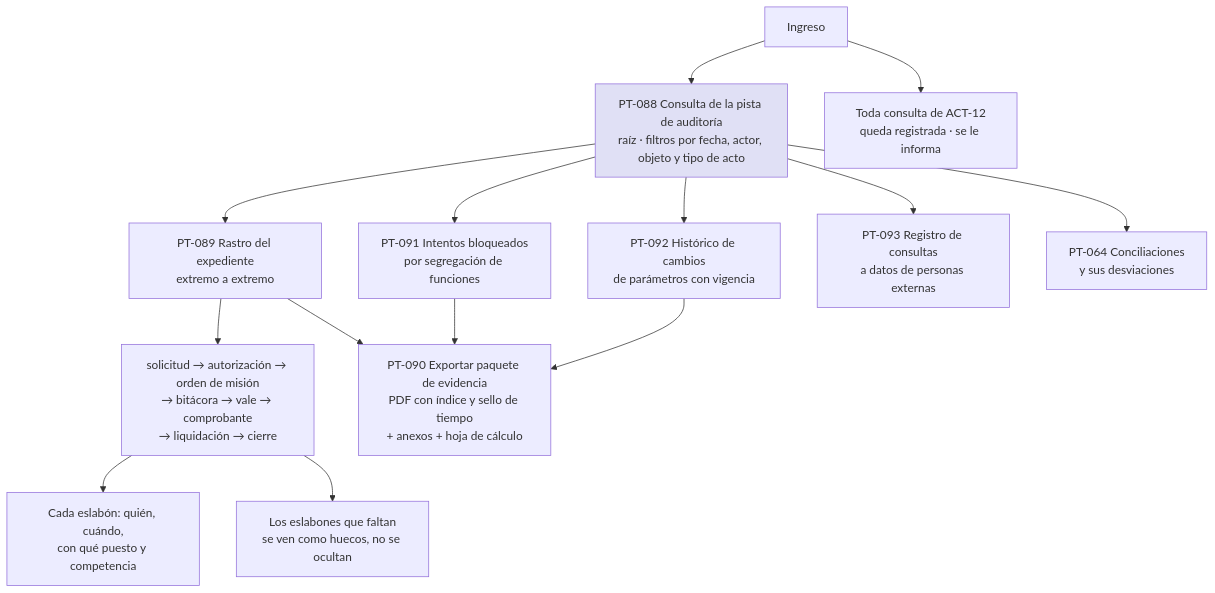
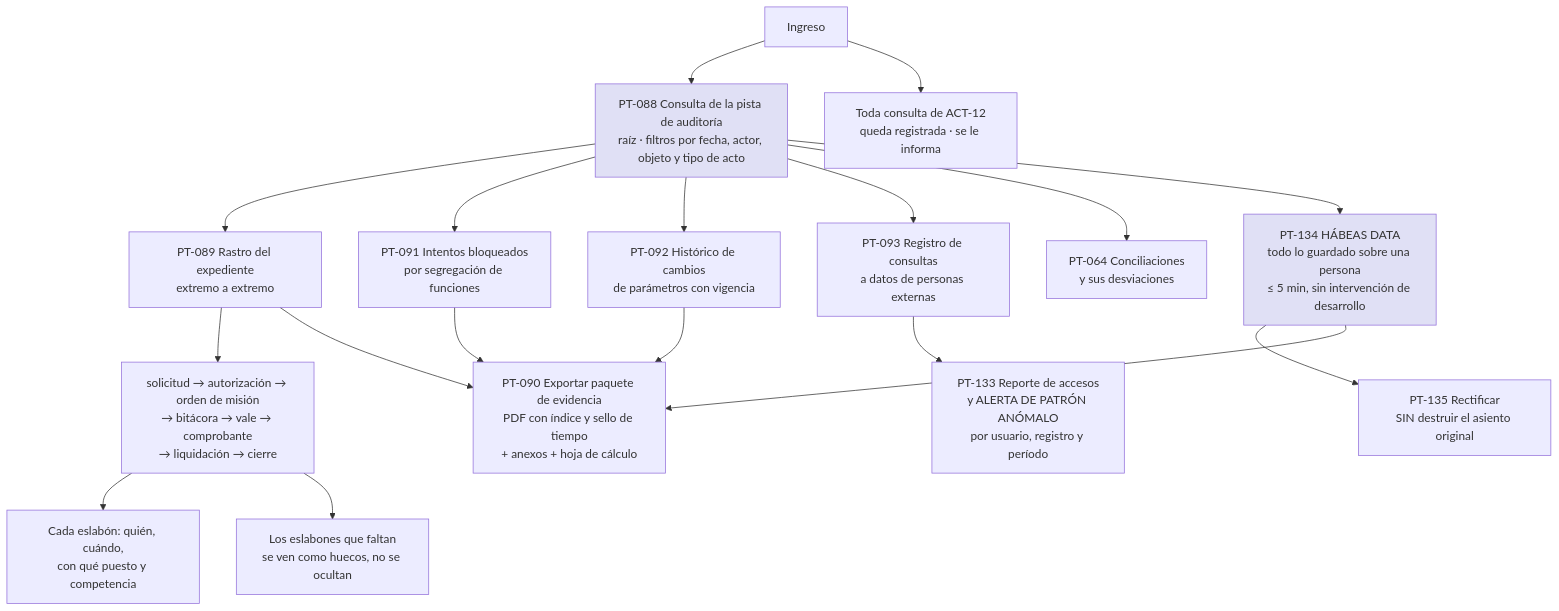
Before and after one commit to LuisDavidToruno/INM_TRANSPORTE: the ninth of 11 diagrams in docs/04-diseno/mapa-de-navegacion.md, drawn with Mermaid. The commit also changed other lines of this file and 125 other files, not shown here.

````diff
--- a/docs/04-diseno/mapa-de-navegacion.md
+++ b/docs/04-diseno/mapa-de-navegacion.md
@@ -556,22 +617,29 @@
 ```mermaid
 flowchart TD
     A["Ingreso"] --> B["PT-088 Consulta de la pista de auditoría<br/>raíz · filtros por fecha, actor, objeto y tipo de acto"]
 
     B --> C["PT-089 Rastro del expediente<br/>extremo a extremo"]
     C --> C1["solicitud → autorización → orden de misión<br/>→ bitácora → vale → comprobante<br/>→ liquidación → cierre"]
     C1 --> C2["Cada eslabón: quién, cuándo,<br/>con qué puesto y competencia"]
     C1 --> C3["Los eslabones que faltan<br/>se ven como huecos, no se ocultan"]
 
     B --> D["PT-091 Intentos bloqueados<br/>por segregación de funciones"]
     B --> E["PT-092 Histórico de cambios<br/>de parámetros con vigencia"]
     B --> F["PT-093 Registro de consultas<br/>a datos de personas externas"]
     B --> G["PT-064 Conciliaciones<br/>y sus desviaciones"]
 
+    F --> F1["PT-133 Reporte de accesos<br/>y ALERTA DE PATRÓN ANÓMALO<br/>por usuario, registro y período"]
+
+    B --> R["PT-134 HÁBEAS DATA<br/>todo lo guardado sobre una persona<br/>≤ 5 min, sin intervención de desarrollo"]
+    R --> R1["PT-135 Rectificar<br/>SIN destruir el asiento original"]
+
     C --> H["PT-090 Exportar paquete de evidencia<br/>PDF con índice y sello de tiempo<br/>+ anexos + hoja de cálculo"]
     D --> H
     E --> H
+    R --> H
 
     A --> I["Toda consulta de ACT-12<br/>queda registrada · se le informa"]
 
     style B fill:#e0e0f5
+    style R fill:#e0e0f5
 ```
````
